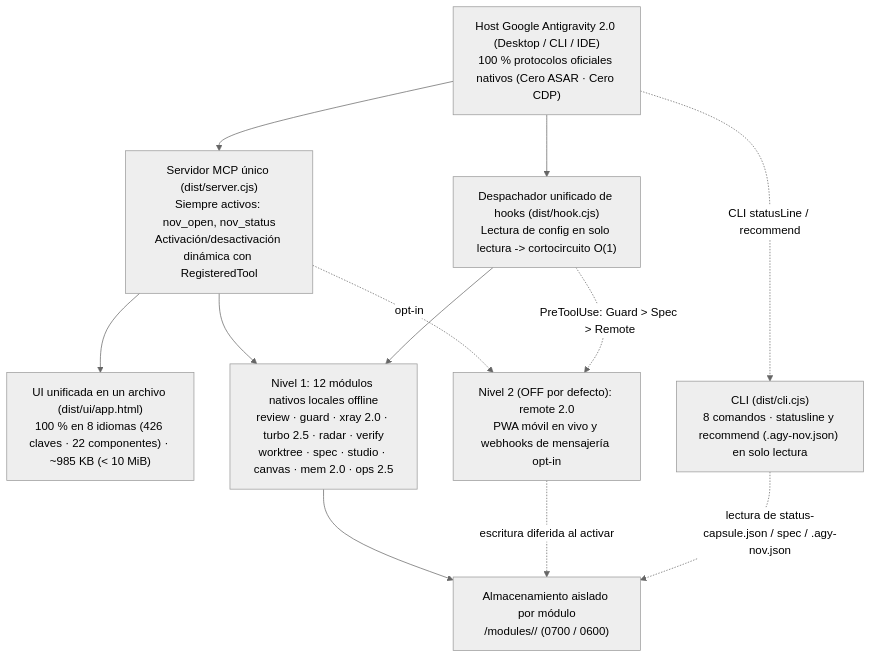
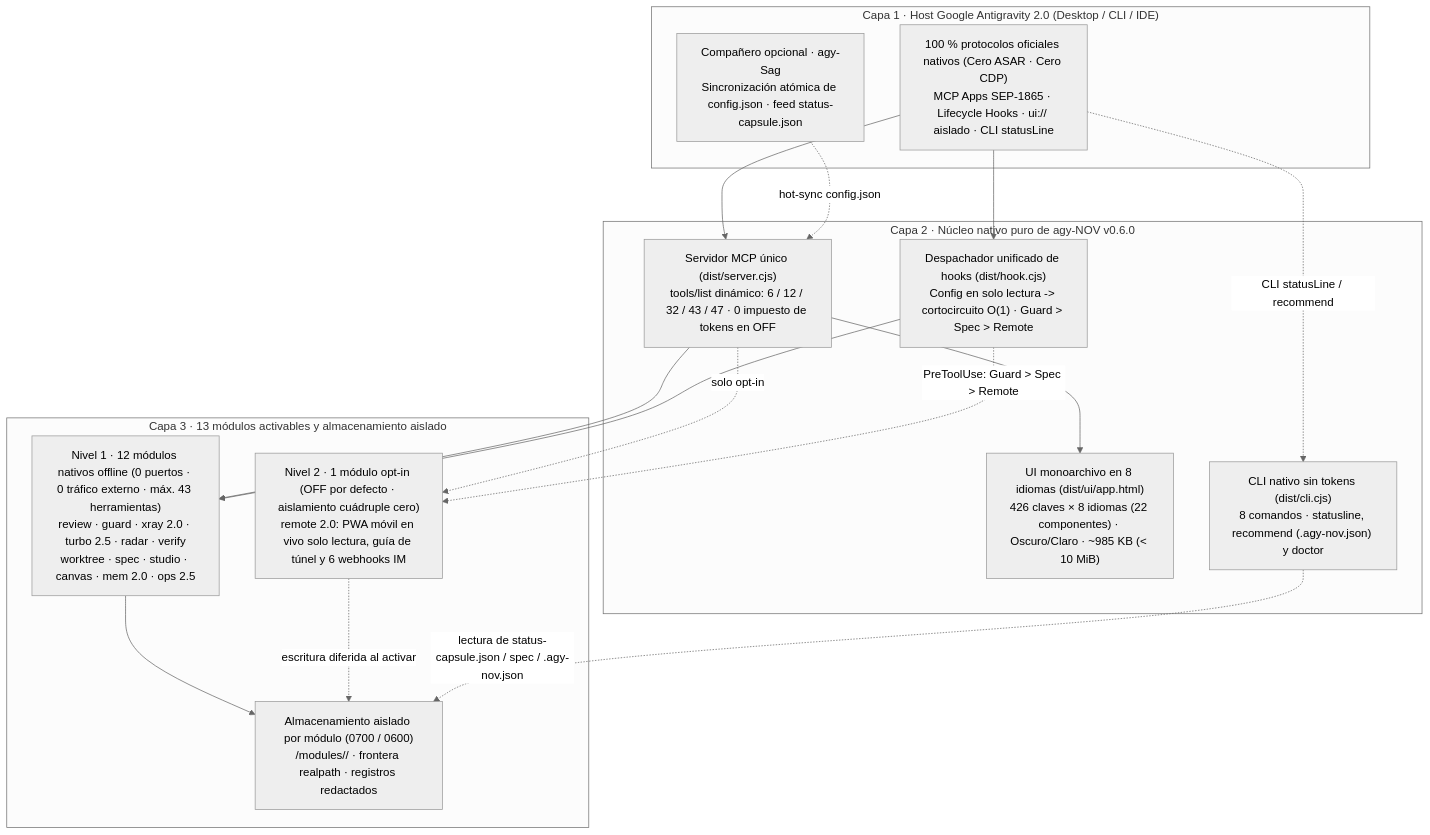
The diagram in docs/i18n/README.es.md (tone-leh/agy-NOV), drawn with Mermaid (neutral theme) before and after one commit. The commit also changed other lines of this file and 11 other files, not shown here.

Commit message:
docs(readme): replace stale English hero/architecture SVGs with native localized Mermaid diagrams across all 8 locales

````diff
--- a/docs/i18n/README.es.md
+++ b/docs/i18n/README.es.md
@@ -226,23 +209,33 @@
 ```mermaid
 flowchart TB
-  Host["Host Google Antigravity 2.0 (Desktop / CLI / IDE)\n100 % protocolos oficiales nativos (Cero ASAR · Cero CDP)"]
-  MCP["Servidor MCP único (dist/server.cjs)\nSiempre activos: nov_open, nov_status\nActivación/desactivación dinámica con RegisteredTool"]
-  UI["UI unificada en un archivo (dist/ui/app.html)\n100 % en 8 idiomas (426 claves · 22 componentes) · ~985 KB (< 10 MiB)"]
-  Hook["Despachador unificado de hooks (dist/hook.cjs)\nLectura de config en solo lectura -> cortocircuito O(1)"]
-  CLI["CLI (dist/cli.cjs)\n8 comandos · statusline y recommend (.agy-nov.json) en solo lectura"]
-  Store["Almacenamiento aislado por módulo\n<dataDir>/modules/<id>/ (0700 / 0600)"]
-  T1["Nivel 1: 12 módulos nativos locales offline\nreview · guard · xray 2.0 · turbo 2.5 · radar · verify\nworktree · spec · studio · canvas · mem 2.0 · ops 2.5"]
-  T2R["Nivel 2 (OFF por defecto): remote 2.0\nPWA móvil en vivo y webhooks de mensajería opt-in"]
+  subgraph L1["Capa 1 · Host Google Antigravity 2.0 (Desktop / CLI / IDE)"]
+    Host["100 % protocolos oficiales nativos (Cero ASAR · Cero CDP)\nMCP Apps SEP-1865 · Lifecycle Hooks · ui:// aislado · CLI statusLine"]
+    Sag["Compañero opcional · agy-Sag\nSincronización atómica de config.json · feed status-capsule.json"]
+  end
+
+  subgraph L2["Capa 2 · Núcleo nativo puro de agy-NOV v0.6.0"]
+    MCP["Servidor MCP único (dist/server.cjs)\ntools/list dinámico: 6 / 12 / 32 / 43 / 47 · 0 impuesto de tokens en OFF"]
+    Hook["Despachador unificado de hooks (dist/hook.cjs)\nConfig en solo lectura -> cortocircuito O(1) · Guard > Spec > Remote"]
+    UI["UI monoarchivo en 8 idiomas (dist/ui/app.html)\n426 claves × 8 idiomas (22 componentes) · Oscuro/Claro · ~985 KB (< 10 MiB)"]
+    CLI["CLI nativo sin tokens (dist/cli.cjs)\n8 comandos · statusline, recommend (.agy-nov.json) y doctor"]
+  end
+
+  subgraph L3["Capa 3 · 13 módulos activables y almacenamiento aislado"]
+    T1["Nivel 1 · 12 módulos nativos offline (0 puertos · 0 tráfico externo · máx. 43 herramientas)\nreview · guard · xray 2.0 · turbo 2.5 · radar · verify\nworktree · spec · studio · canvas · mem 2.0 · ops 2.5"]
+    T2R["Nivel 2 · 1 módulo opt-in (OFF por defecto · aislamiento cuádruple cero)\nremote 2.0: PWA móvil en vivo solo lectura, guía de túnel y 6 webhooks IM"]
+    Store["Almacenamiento aislado por módulo (0700 / 0600)\n<dataDir>/modules/<id>/ · frontera realpath · registros redactados"]
+  end
 
   Host --> MCP
   Host --> Hook
   Host -. "CLI statusLine / recommend" .-> CLI
+  Sag -. "hot-sync config.json" .-> MCP
   MCP --> UI
   MCP --> T1
-  MCP -. "opt-in" .-> T2R
+  MCP -. "solo opt-in" .-> T2R
   Hook --> T1
   Hook -. "PreToolUse: Guard > Spec > Remote" .-> T2R
   T1 --> Store
   T2R -. "escritura diferida al activar" .-> Store
   CLI -. "lectura de status-capsule.json / spec / .agy-nov.json" .-> Store
 ```
````
